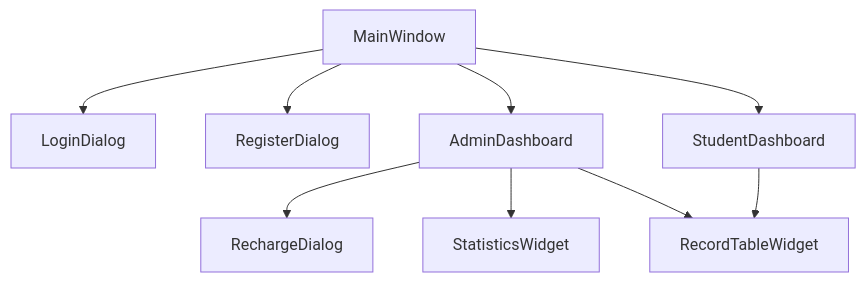
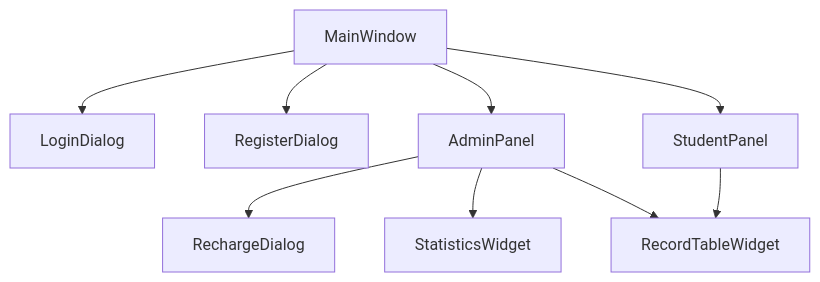
Before and after one commit to AstroAir/software-design: the diagram in docs/architecture/ui-components.md, drawn with Mermaid. The commit also changed other lines of this file and 6 other files, not shown here.

Commit message:
Update documentation to reflect MVC architecture refactoring, rename managers to services/controllers, and reorganize API reference structure

````diff
--- a/docs/architecture/ui-components.md
+++ b/docs/architecture/ui-components.md
@@ -9,11 +9,11 @@
 ```mermaid
 graph TB
     MW[MainWindow] --> LD[LoginDialog]
     MW --> RD[RegisterDialog]
-    MW --> AD[AdminDashboard]
-    MW --> SD[StudentDashboard]
-    AD --> ReD[RechargeDialog]
-    AD --> SW[StatisticsWidget]
-    AD --> RTW[RecordTableWidget]
-    SD --> RTW
+    MW --> AP[AdminPanel]
+    MW --> SP[StudentPanel]
+    AP --> ReD[RechargeDialog]
+    AP --> SW[StatisticsWidget]
+    AP --> RTW[RecordTableWidget]
+    SP --> RTW
 ```
````
